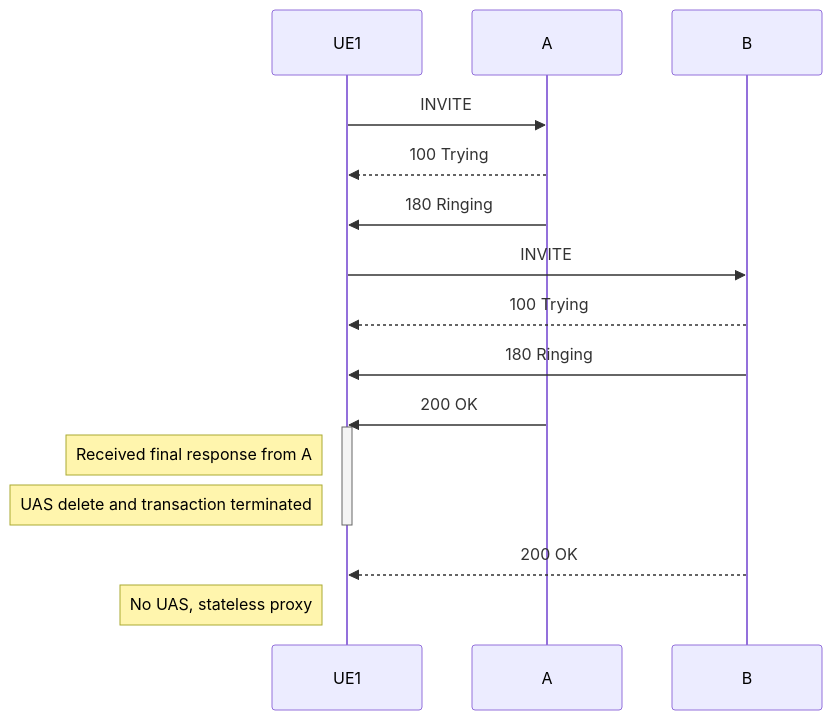
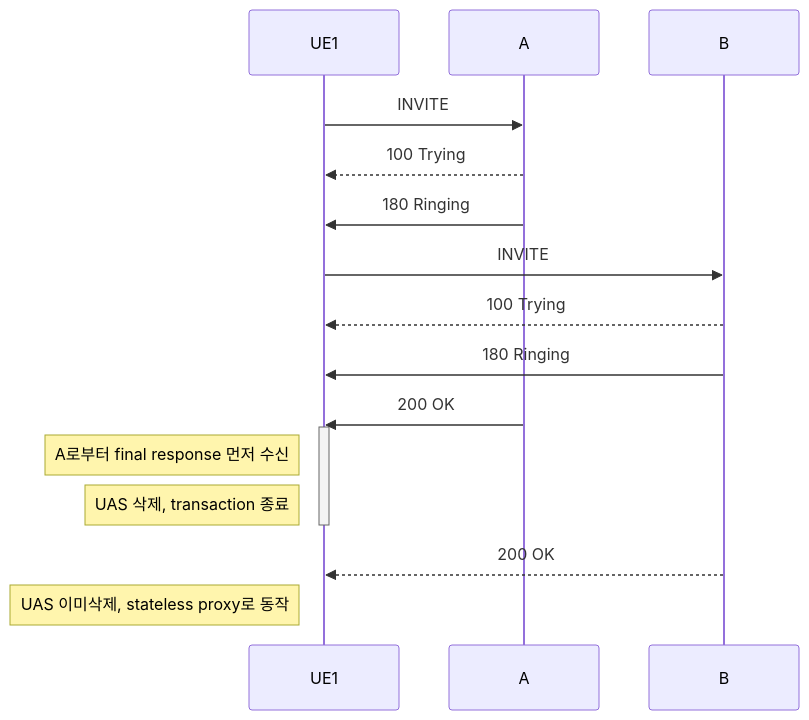
The diagram in proxy_forking_stateless.mmd (byung-u/TeleCommunicationDocs), drawn with Mermaid before and after one commit. The commit also changed 7 other files, not shown here.

```diff
--- a/proxy_forking_stateless.mmd
+++ b/proxy_forking_stateless.mmd
@@ -1,17 +1,17 @@
 %% Sequence diagram code
 sequenceDiagram
     UE1 ->> A: INVITE
     A -->> UE1: 100 Trying
     A ->> UE1: 180 Ringing
     UE1 ->> B: INVITE
     B -->> UE1: 100 Trying
     B ->> UE1: 180 Ringing
     A ->> UE1: 200 OK
     activate UE1
-    Note left of UE1: Received final response from A
-    Note left of UE1: UAS delete and transaction terminated
+    Note left of UE1: A로부터 final response 먼저 수신
+    Note left of UE1: UAS 삭제, transaction 종료
     deactivate UE1
     B -->> UE1: 200 OK
     activate UE1
-    Note left of UE1: No UAS, stateless proxy
+    Note left of UE1: UAS 이미삭제, stateless proxy로 동작
     activate UE1
```
